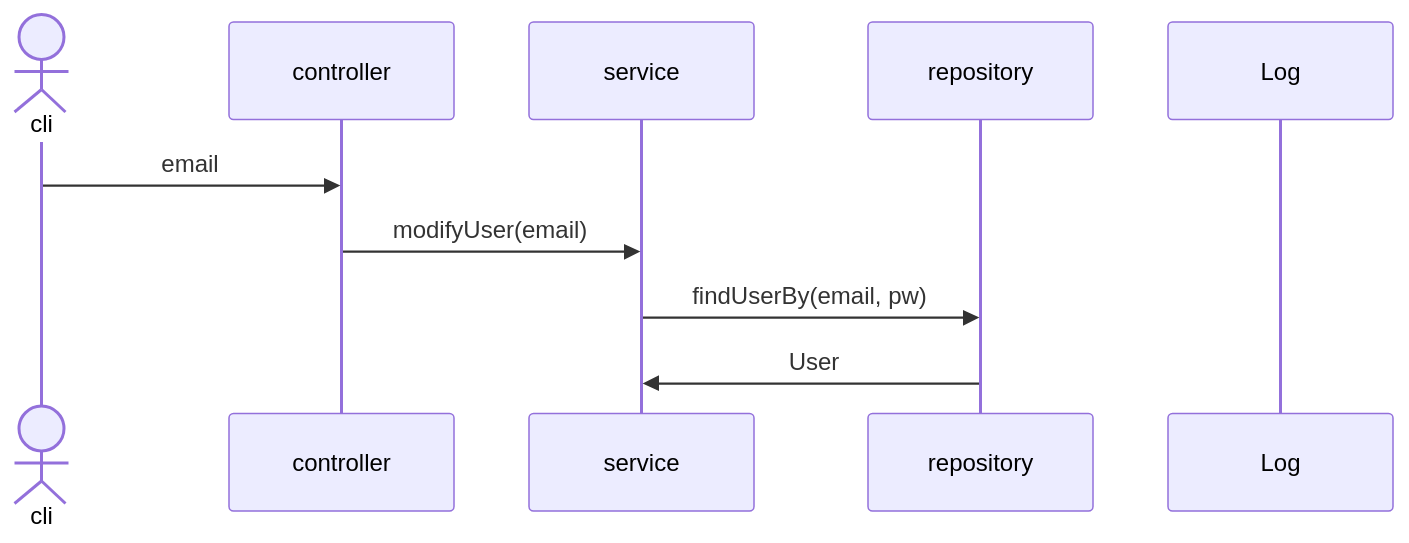
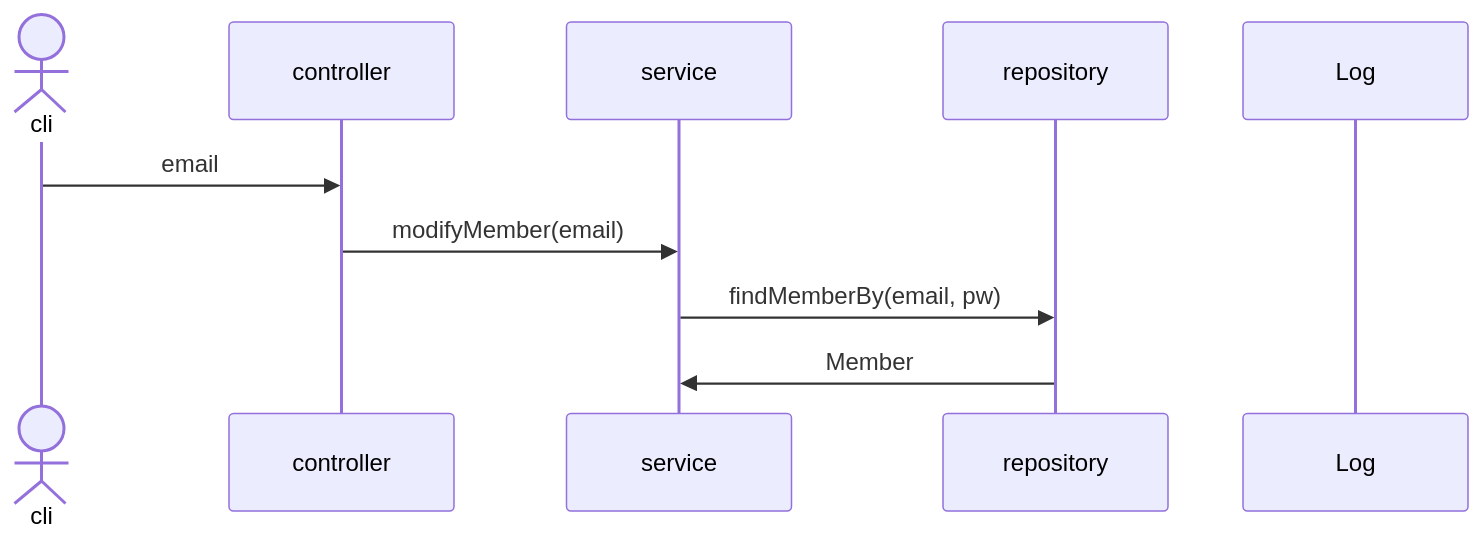
The fifth of 28 diagrams in sequence.md (mtak0235/snsX), drawn with Mermaid before and after one commit. The commit also changed other lines of this file, not shown here.

Commit message:
update user -> member & savePost sequence diagram

````diff
--- a/sequence.md
+++ b/sequence.md
@@ -93,14 +93,14 @@
 ```mermaid
 sequenceDiagram
 actor cli
 participant c as controller
 participant s as service
 participant r as repository
 participant l as Log
 
 cli->>c: email
-c->>s: modifyUser(email)
-s->>r: findUserBy(email, pw)
-r->>s: User
+c->>s: modifyMember(email)
+s->>r: findMemberBy(email, pw)
+r->>s: Member
 
 ```
````
